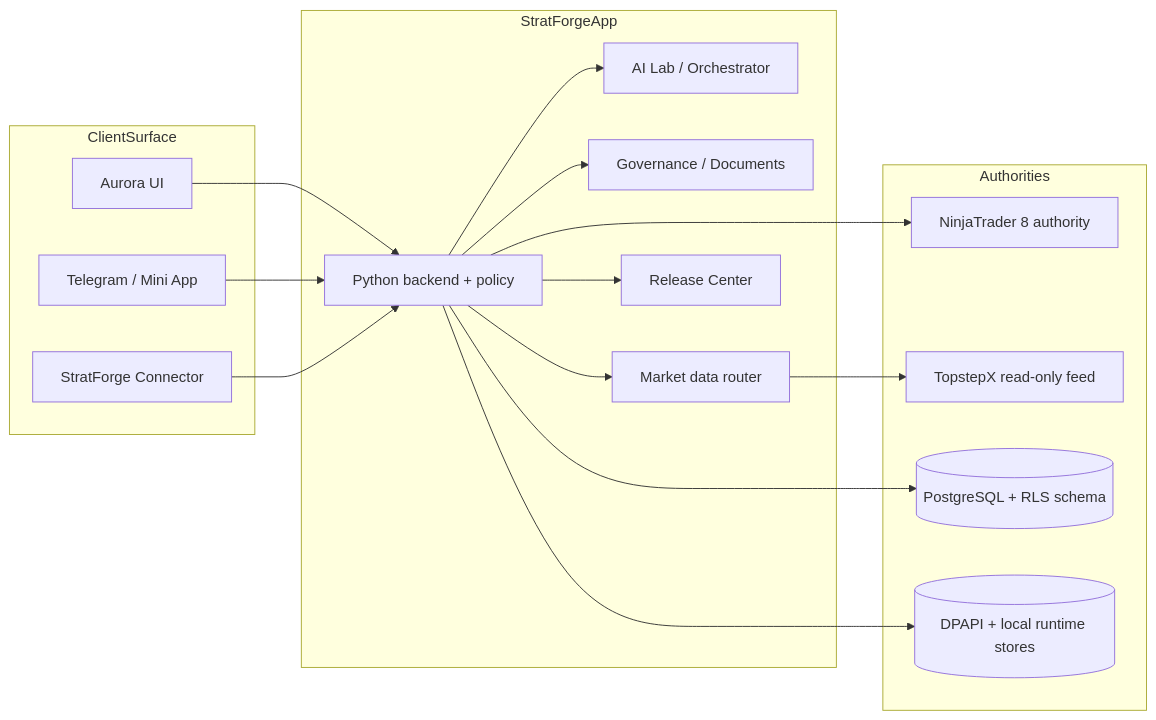
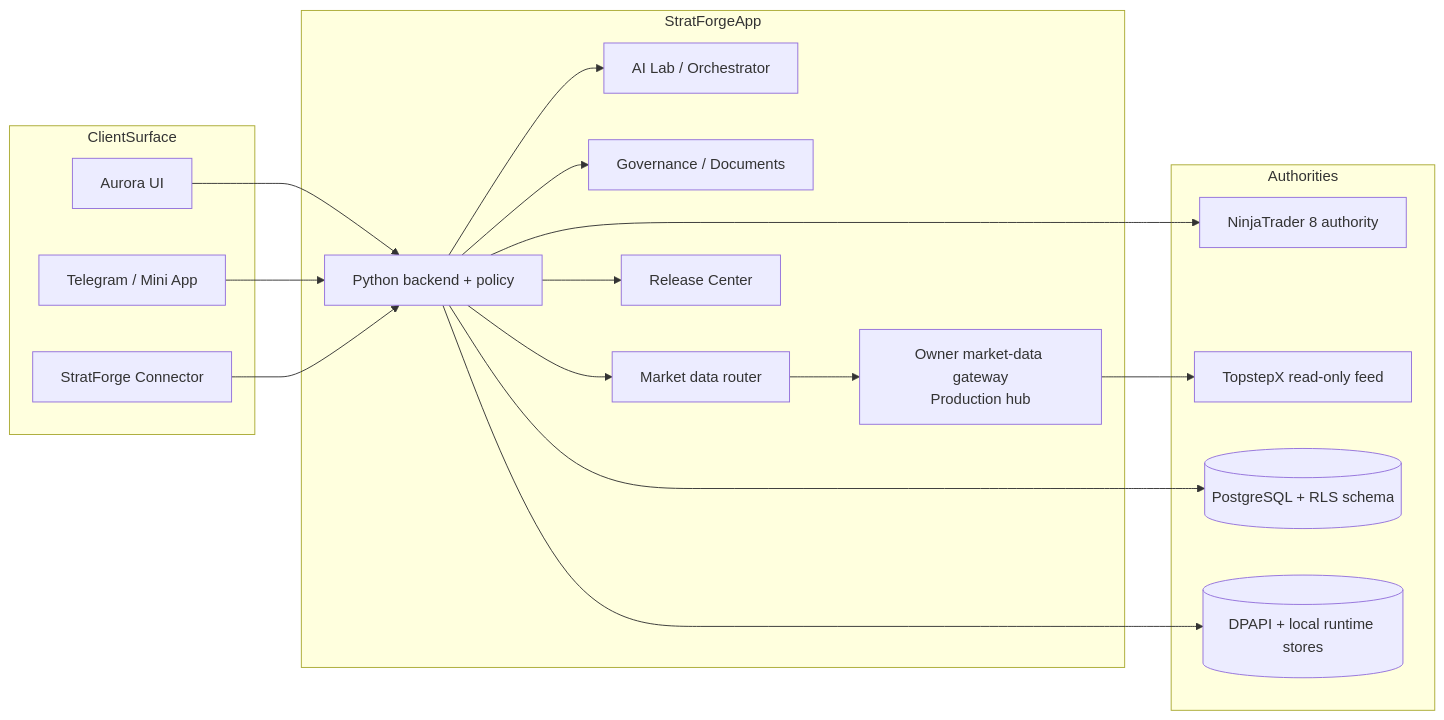
The diagram in NT-Analyzer/docs/external-gpt-context/03_ARCHITECTURE_AND_DATA_MODEL.md (OMNOM-111/NT-Analyzer), drawn with Mermaid before and after one commit. The commit also changed other lines of this file and 16 other files, not shown here.

````diff
--- a/NT-Analyzer/docs/external-gpt-context/03_ARCHITECTURE_AND_DATA_MODEL.md
+++ b/NT-Analyzer/docs/external-gpt-context/03_ARCHITECTURE_AND_DATA_MODEL.md
@@ -11,35 +11,37 @@
 ```mermaid
 flowchart LR
   subgraph ClientSurface
     Browser[Aurora UI]
     Telegram[Telegram / Mini App]
     Connector[StratForge Connector]
   end
 
   subgraph StratForgeApp
     API[Python backend + policy]
     Agents[AI Lab / Orchestrator]
     Docs[Governance / Documents]
     MD[Market data router]
+    Gateway[Owner market-data gateway<br/>Production hub]
     RC[Release Center]
   end
 
   subgraph Authorities
     NT[NinjaTrader 8 authority]
     TS[TopstepX read-only feed]
     PG[(PostgreSQL + RLS schema)]
     Local[(DPAPI + local runtime stores)]
   end
 
   Browser --> API
   Telegram --> API
   Connector --> API
   API --> Agents
   API --> Docs
   API --> MD
   API --> RC
   API --> NT
-  MD --> TS
+  MD --> Gateway
+  Gateway --> TS
   API --> PG
   API --> Local
 ```
````
